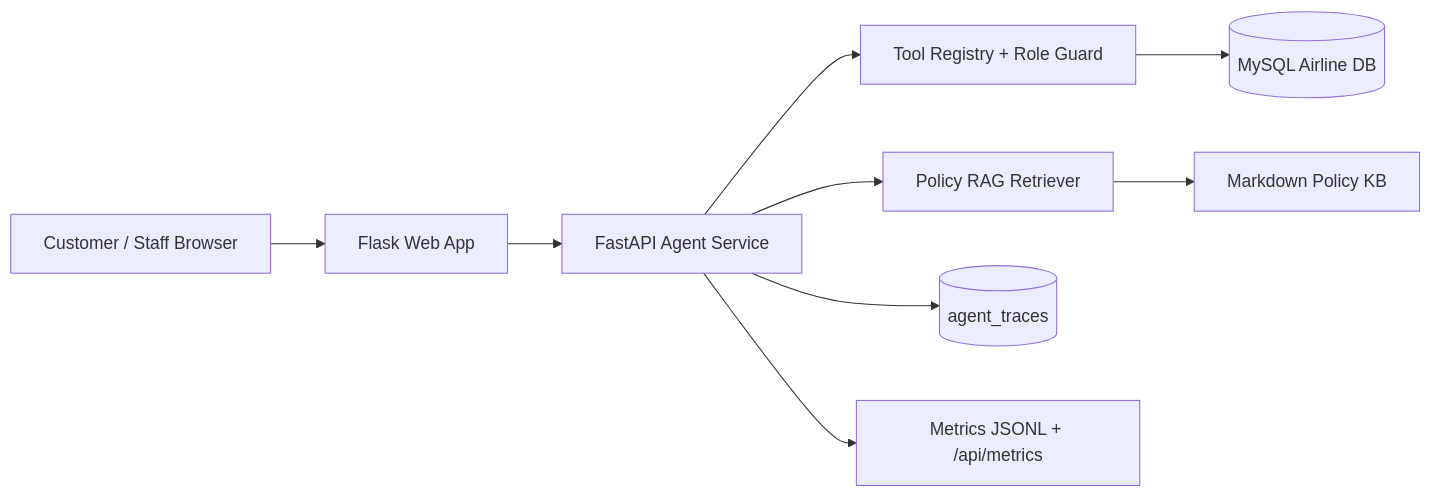
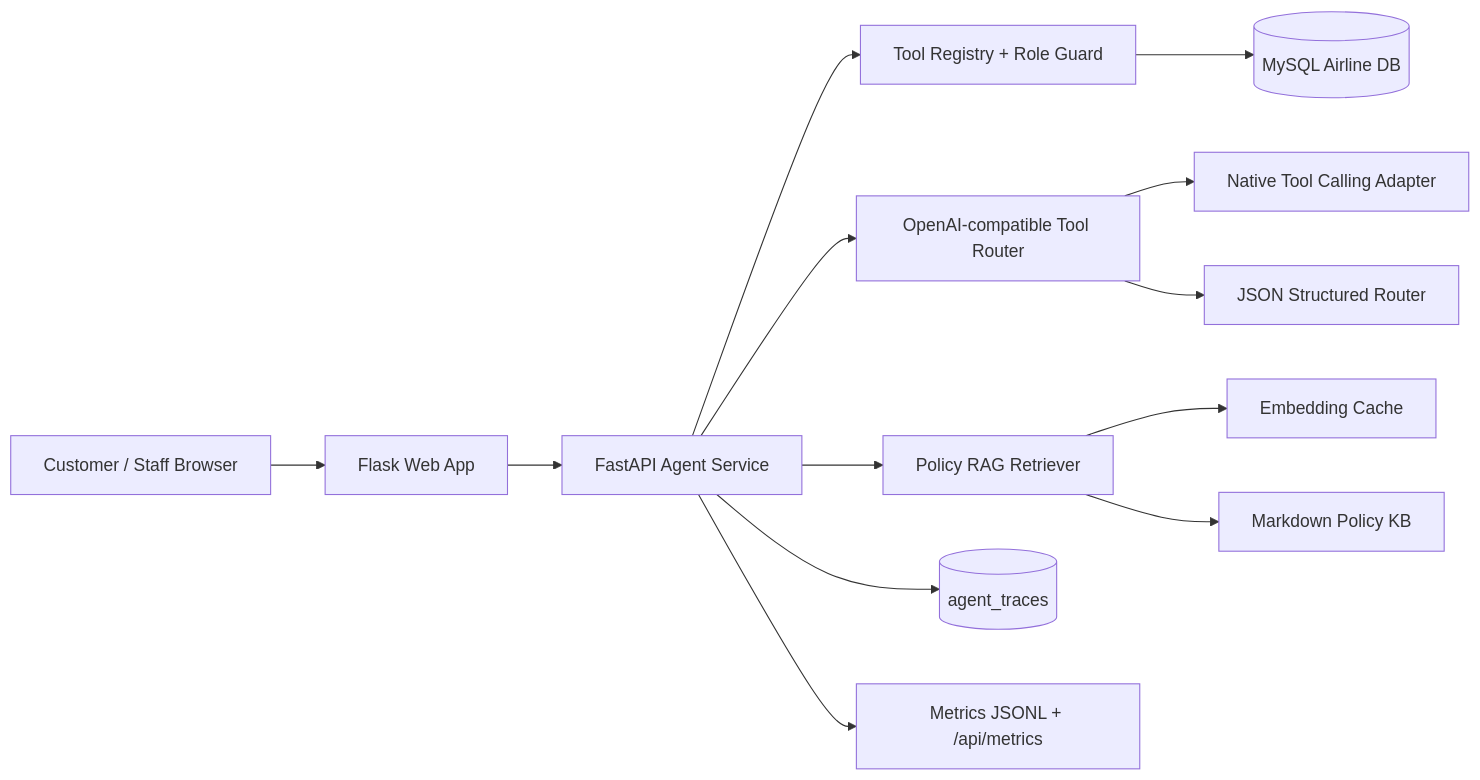
One commit to keith1117/airline-agentops-platform changed the diagram in README.md. Above: the diagram before and after it, drawn with Mermaid. The commit also changed other lines of this file and 34 other files, not shown here.

````diff
--- a/README.md
+++ b/README.md
@@ -23,11 +25,15 @@
 ```mermaid
 flowchart LR
     Browser[Customer / Staff Browser] --> Flask[Flask Web App]
     Flask --> FastAPI[FastAPI Agent Service]
     FastAPI --> Registry[Tool Registry + Role Guard]
     Registry --> MySQL[(MySQL Airline DB)]
+    FastAPI --> LLM[OpenAI-compatible Tool Router]
+    LLM --> Native[Native Tool Calling Adapter]
+    LLM --> JSONRouter[JSON Structured Router]
     FastAPI --> RAG[Policy RAG Retriever]
+    RAG --> Embeddings[Embedding Cache]
     RAG --> Policy[Markdown Policy KB]
     FastAPI --> Traces[(agent_traces)]
     FastAPI --> Metrics[Metrics JSONL + /api/metrics]
 ```
````
